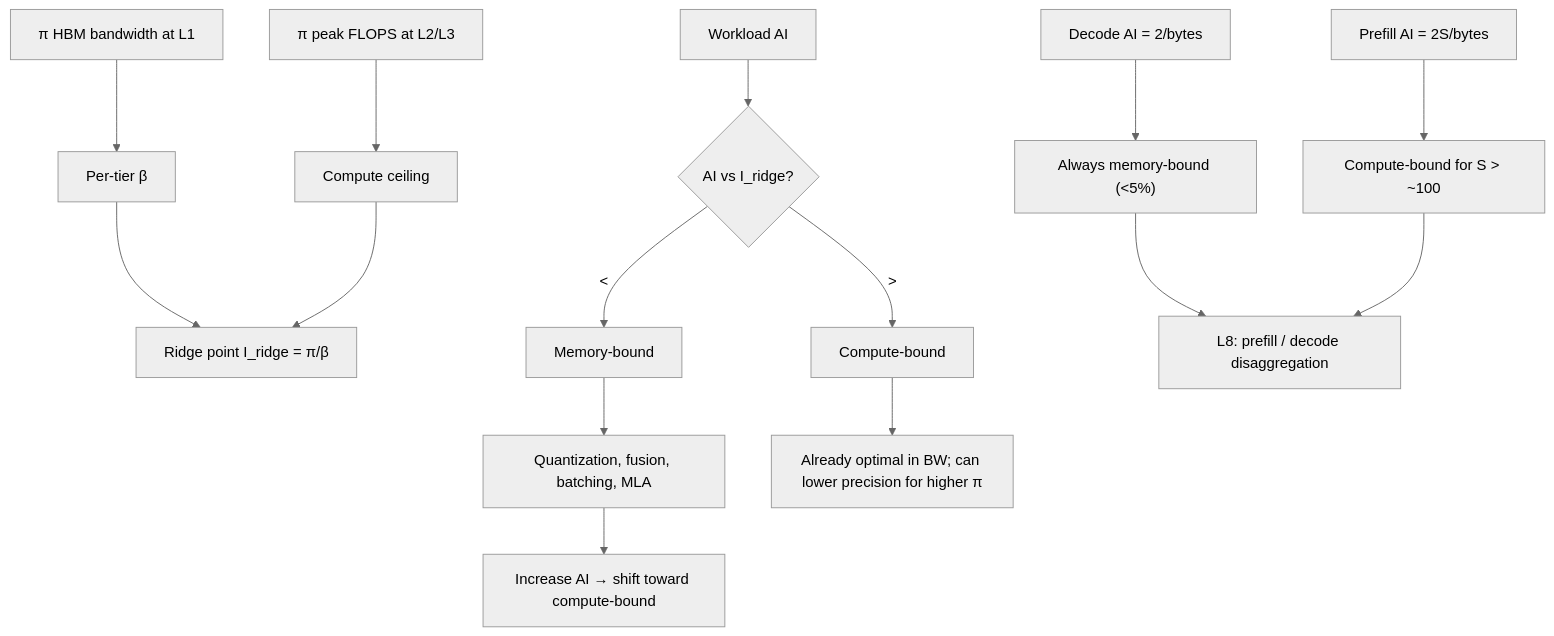
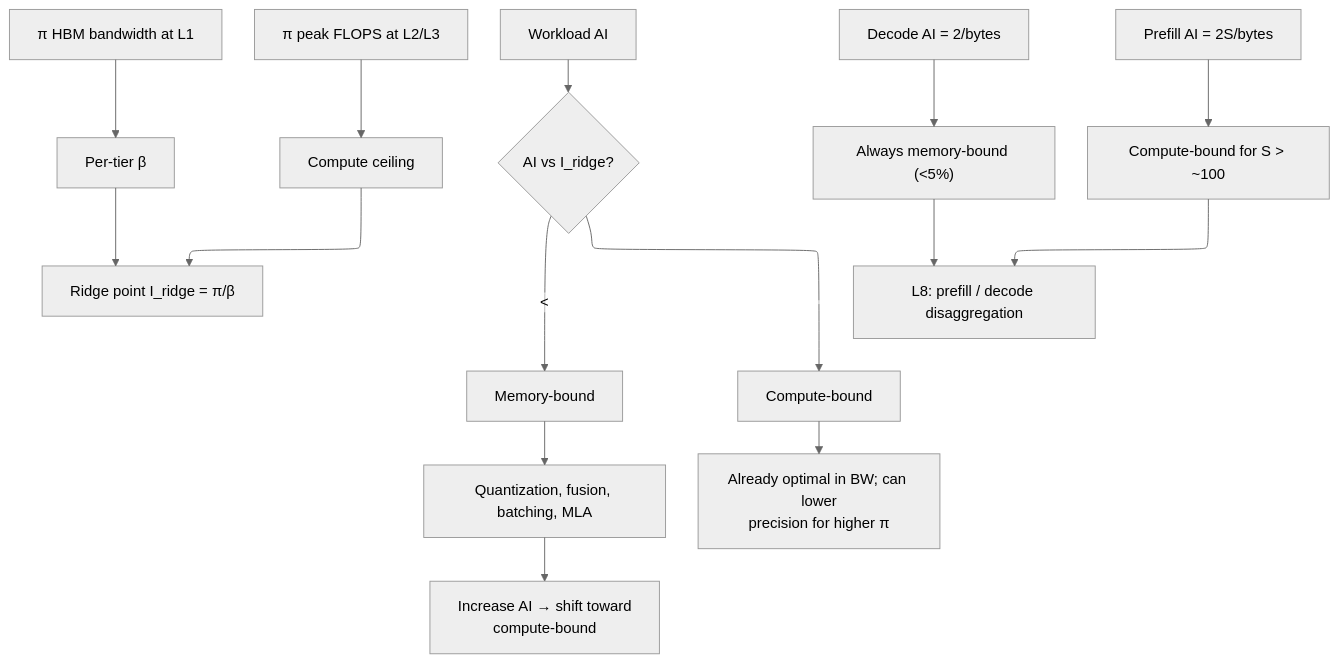
One commit to Wty2003328/ai_infra_intro changed the fourth of 4 diagrams in ai_infra/L3_Microarchitecture/Memory_Hierarchy_and_Roofline.md. Above: the diagram before and after it, drawn with Mermaid (neutral theme). The commit also changed other lines of this file and 108 other files, not shown here.

````diff
--- a/ai_infra/L3_Microarchitecture/Memory_Hierarchy_and_Roofline.md
+++ b/ai_infra/L3_Microarchitecture/Memory_Hierarchy_and_Roofline.md
@@ -481,19 +484,20 @@
 ```mermaid
+%%{init: {"flowchart": {"defaultRenderer": "elk", "nodeSpacing": 60, "rankSpacing": 60, "htmlLabels": false}}}%%
 flowchart TD
     A["π HBM bandwidth at L1"] --> B[Per-tier β]
     C["π peak FLOPS at L2/L3"] --> D[Compute ceiling]
     B & D --> E[Ridge point I_ridge = π/β]
 
     F[Workload AI] --> G{AI vs I_ridge?}
     G -->|<| H[Memory-bound]
     G -->|>| I[Compute-bound]
 
     H --> J[Quantization, fusion, batching, MLA]
-    J --> K[Increase AI → shift toward compute-bound]
+    J --> K[Increase AI → shift toward<br/>compute-bound]
 
-    I --> L[Already optimal in BW; can lower precision for higher π]
+    I --> L[Already optimal in BW; can lower<br/>precision for higher π]
 
     M[Decode AI = 2/bytes] --> N["Always memory-bound (<5%)"]
     O[Prefill AI = 2S/bytes] --> P[Compute-bound for S > ~100]
     N & P --> Q[L8: prefill / decode disaggregation]
 ```
````
